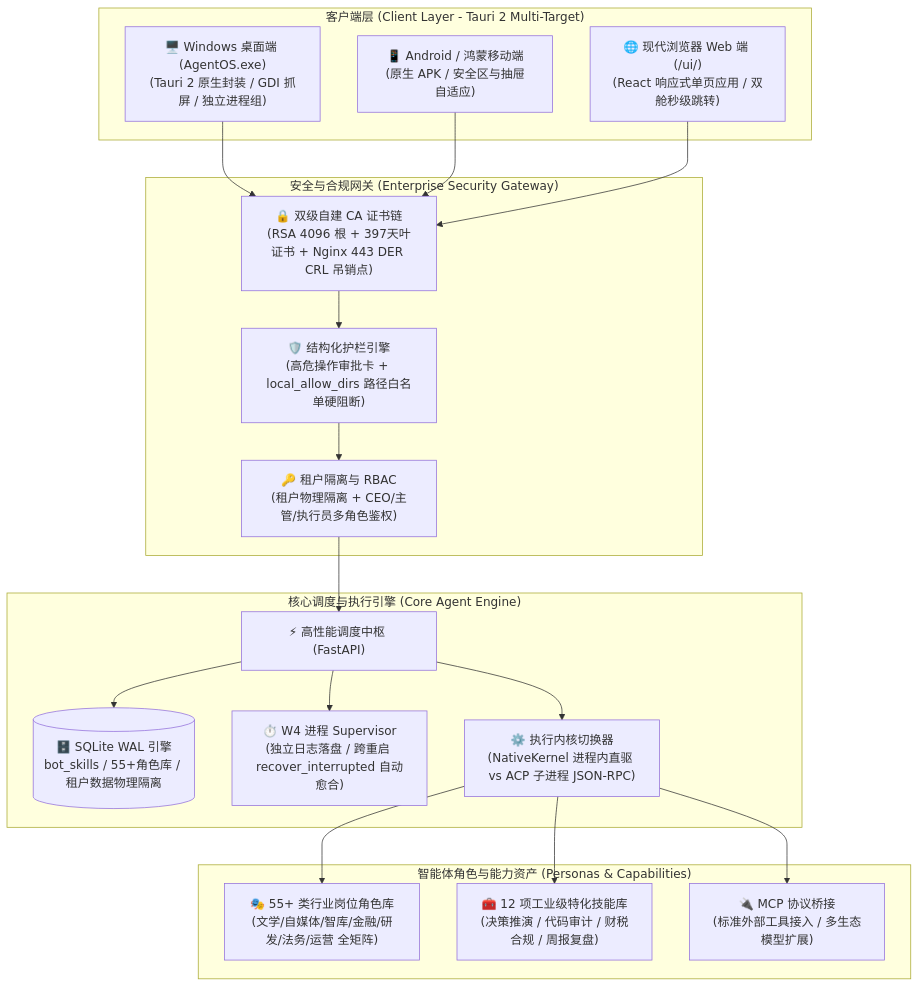
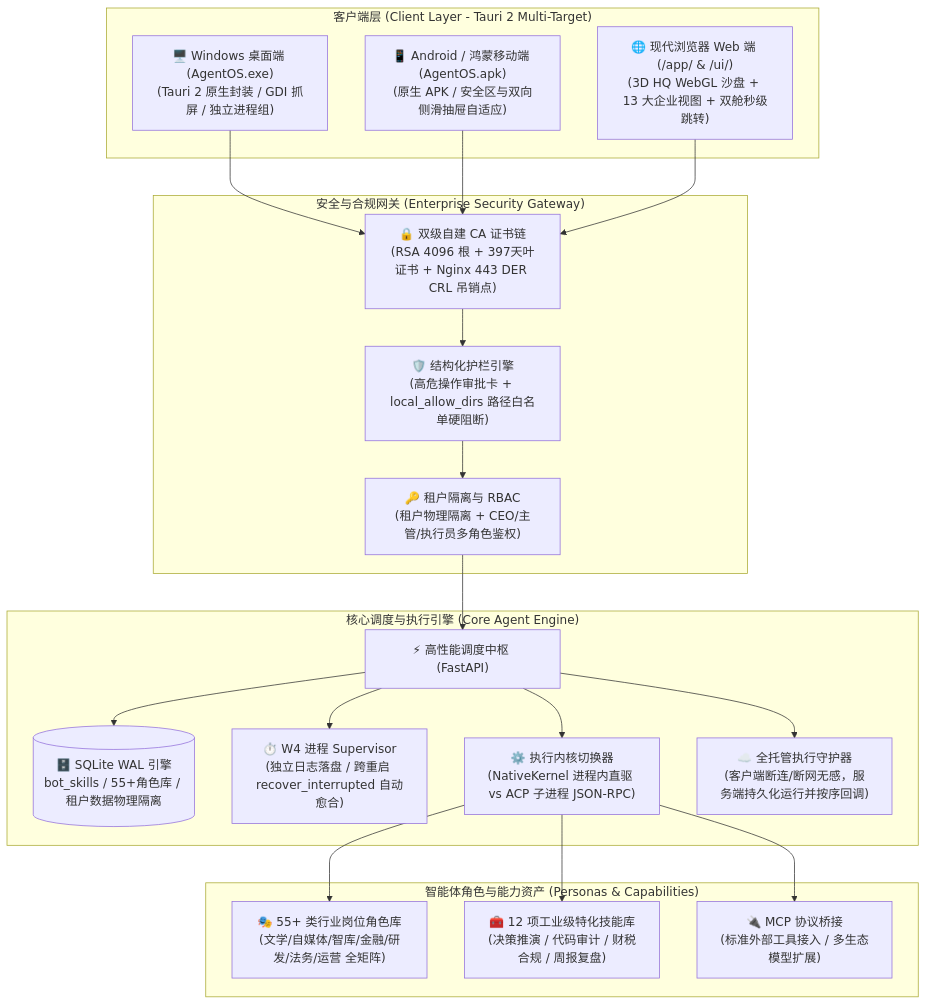
The second of 2 diagrams in README.md (julingwu/agent-OS), drawn with Mermaid before and after one commit. The commit also changed other lines of this file and 1 other file, not shown here.

Commit message:
docs: release v5.5.0 with 3D HQ Intelligent Headquarters screenshot, Windows & Android download links, and architecture guide

````diff
--- a/README.md
+++ b/README.md
@@ -127,40 +139,42 @@
 ```mermaid
 flowchart TB
     subgraph ClientLayer ["客户端层 (Client Layer - Tauri 2 Multi-Target)"]
         WinClient["🖥️ Windows 桌面端 (AgentOS.exe)<br/>(Tauri 2 原生封装 / GDI 抓屏 / 独立进程组)"]
-        WebClient["🌐 现代浏览器 Web 端 (/ui/)<br/>(React 响应式单页应用 / 双舱秒级跳转)"]
-        MobileClient["📱 Android / 鸿蒙移动端<br/>(原生 APK / 安全区与抽屉自适应)"]
+        WebClient["🌐 现代浏览器 Web 端 (/app/ & /ui/)<br/>(3D HQ WebGL 沙盘 + 13 大企业视图 + 双舱秒级跳转)"]
+        MobileClient["📱 Android / 鸿蒙移动端 (AgentOS.apk)<br/>(原生 APK / 安全区与双向侧滑抽屉自适应)"]
     end
 
     subgraph SecurityLayer ["安全与合规网关 (Enterprise Security Gateway)"]
         TLS["🔒 双级自建 CA 证书链<br/>(RSA 4096 根 + 397天叶证书 + Nginx 443 DER CRL 吊销点)"]
         Guardrails["🛡️ 结构化护栏引擎<br/>(高危操作审批卡 + local_allow_dirs 路径白名单硬阻断)"]
         AuthRBAC["🔑 租户隔离与 RBAC<br/>(租户物理隔离 + CEO/主管/执行员多角色鉴权)"]
     end
 
     subgraph CoreEngine ["核心调度与执行引擎 (Core Agent Engine)"]
         FastAPI["⚡ 高性能调度中枢 (FastAPI)"]
         DB[(🗄️ SQLite WAL 引擎<br/>bot_skills / 55+角色库 / 租户数据物理隔离)]
         Supervisor["⏱️ W4 进程 Supervisor<br/>(独立日志落盘 / 跨重启 recover_interrupted 自动愈合)"]
         DualKernel["⚙️ 执行内核切换器<br/>(NativeKernel 进程内直驱 vs ACP 子进程 JSON-RPC)"]
+        CloudPersist["☁️ 全托管执行守护器<br/>(客户端断连/断网无感，服务端持久化运行并按序回调)"]
     end
 
     subgraph CapabilityLayer ["智能体角色与能力资产 (Personas & Capabilities)"]
         Roles["🎭 55+ 类行业岗位角色库<br/>(文学/自媒体/智库/金融/研发/法务/运营 全矩阵)"]
         Skills["🧰 12 项工业级特化技能库<br/>(决策推演 / 代码审计 / 财税合规 / 周报复盘)"]
         MCPBridge["🔌 MCP 协议桥接<br/>(标准外部工具接入 / 多生态模型扩展)"]
     end
 
     WinClient --> TLS
     MobileClient --> TLS
     WebClient --> TLS
     TLS --> Guardrails --> AuthRBAC --> FastAPI
 
     FastAPI --> DB
     FastAPI --> Supervisor
+    FastAPI --> CloudPersist
     FastAPI --> DualKernel
 
     DualKernel --> Roles
     DualKernel --> Skills
     DualKernel --> MCPBridge
 ```
````
